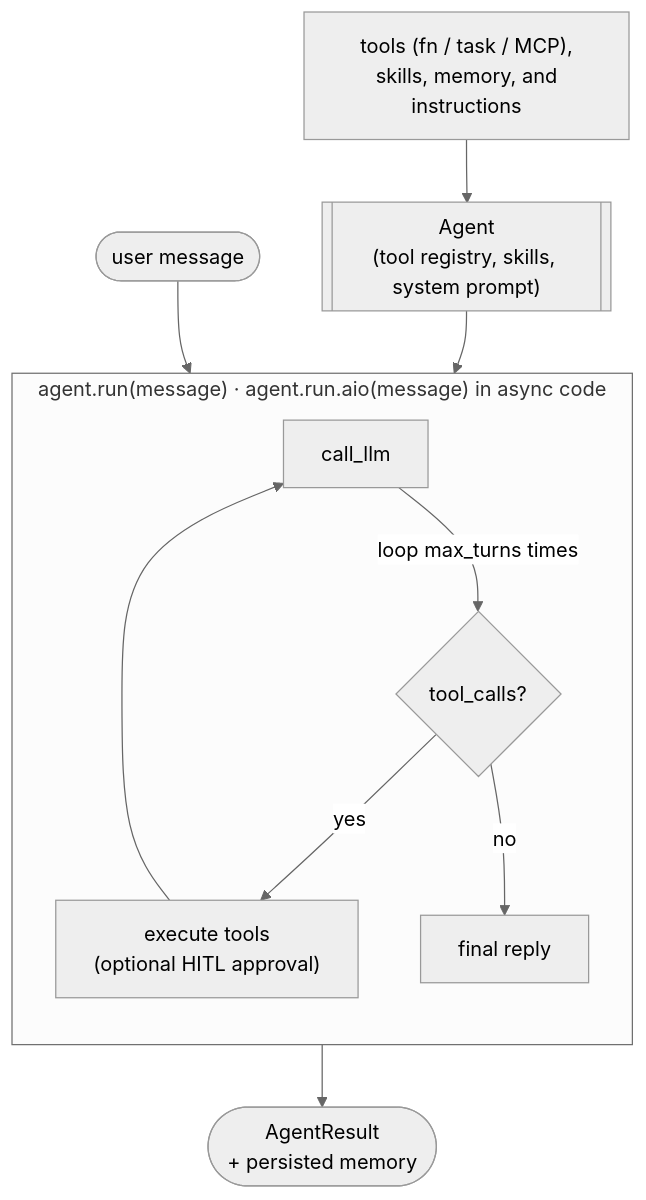
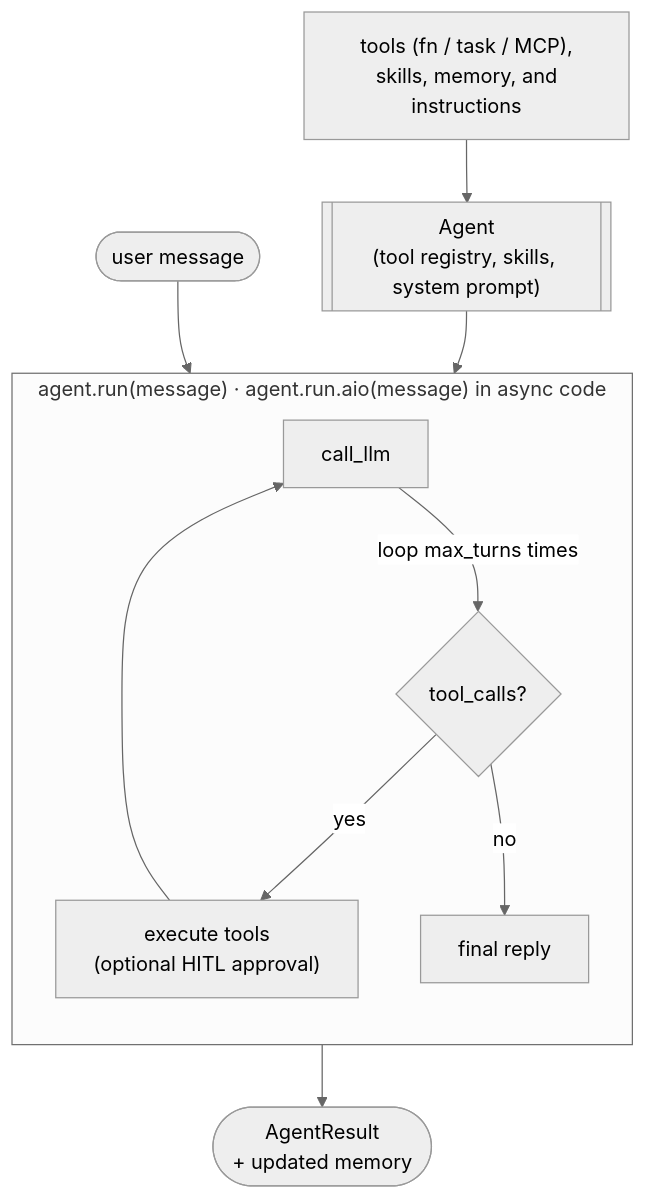
The diagram in content/user-guide/build-agent/flyte-agents.md (unionai/unionai-docs), drawn with Mermaid (neutral theme) before and after one commit. The commit also changed other lines of this file and 384 other files, not shown here.

````diff
--- a/content/user-guide/build-agent/flyte-agents.md
+++ b/content/user-guide/build-agent/flyte-agents.md
@@ -27,17 +27,17 @@
 ```mermaid
 flowchart TB
     inputs["tools (fn / task / MCP),<br/> skills, memory, and instructions"]
     inputs --> agent[["Agent<br/>(tool registry, skills, system prompt)"]]
 
     subgraph loop["agent.run(message)  ·  agent.run.aio(message) in async code"]
       direction TB
       llm["call_llm"] --loop max_turns times--> branch{"tool_calls?"}
       branch -- yes --> exec["execute tools<br/>(optional HITL approval)"]
       exec --> llm
       branch -- no --> done["final reply"]
     end
 
     user(["user message"]) --> llm
     agent --> llm
-    done --> result(["AgentResult<br/>+ persisted memory"])
+    done --> result(["AgentResult<br/>+ updated memory"])
 ```
````
